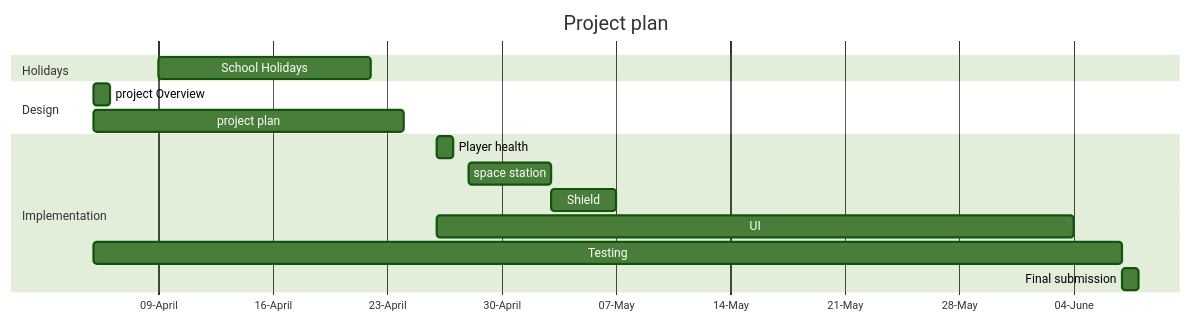
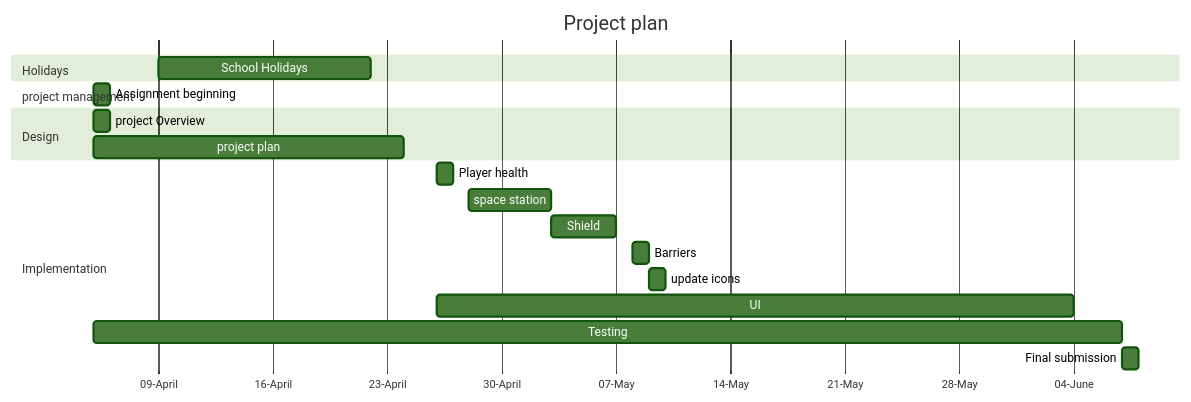
The diagram in Design.md (Carterpearce/SDF-Space-Invaders), drawn with Mermaid (forest theme) before and after one commit. The commit also changed 5 other files, not shown here.

First line of the commit message:
gantt chart finished

````diff
--- a/Design.md
+++ b/Design.md
@@ -39,26 +39,31 @@
 ```mermaid  
 gantt
     title Project plan
     dateFormat DD-MM-YY
     axisFormat %d-%B
     tickInterval 1week
     
     section Holidays
     School Holidays: 09-04-23, 22-04-23
 
+    section project management
+    Assignment beginning: 05-04-23, 1d
+
     section Design
     project Overview:05-04-23, 1d
     project plan: 05-04-23, 24-04-23
 
     section Implementation 
 
     Player health: 26-04-23, 1d 
     space station: 28-04-23, 5d
     Shield: 03-05-23, 4d  
+    Barriers: 08-05-23, 1d
+    update icons: 09-05-23, 1d
     
     UI: 26-04-23, 04-06-23
     Testing: 05-04-23, 07-06-23
     Final submission: 07-06-23, 1d
 
 
 ```
````
